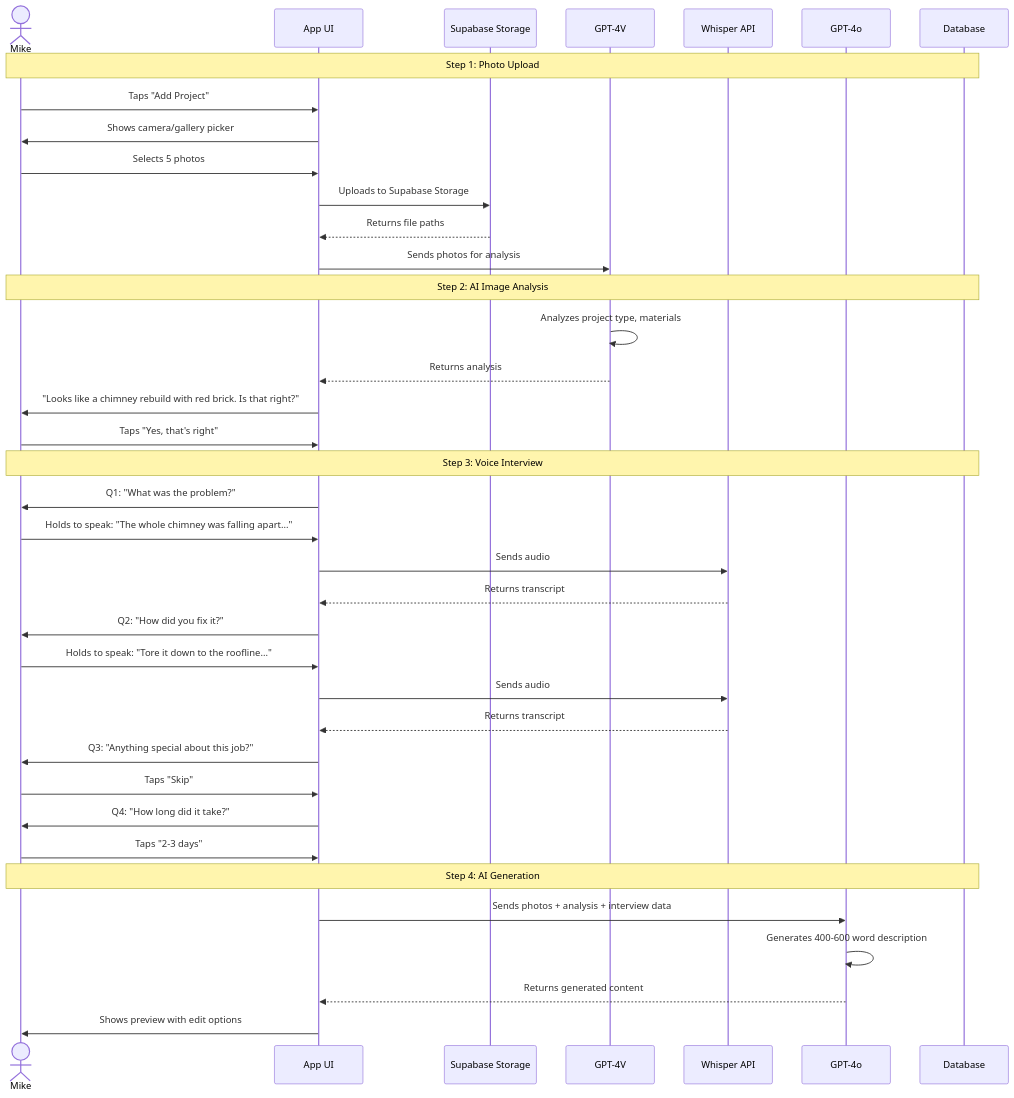
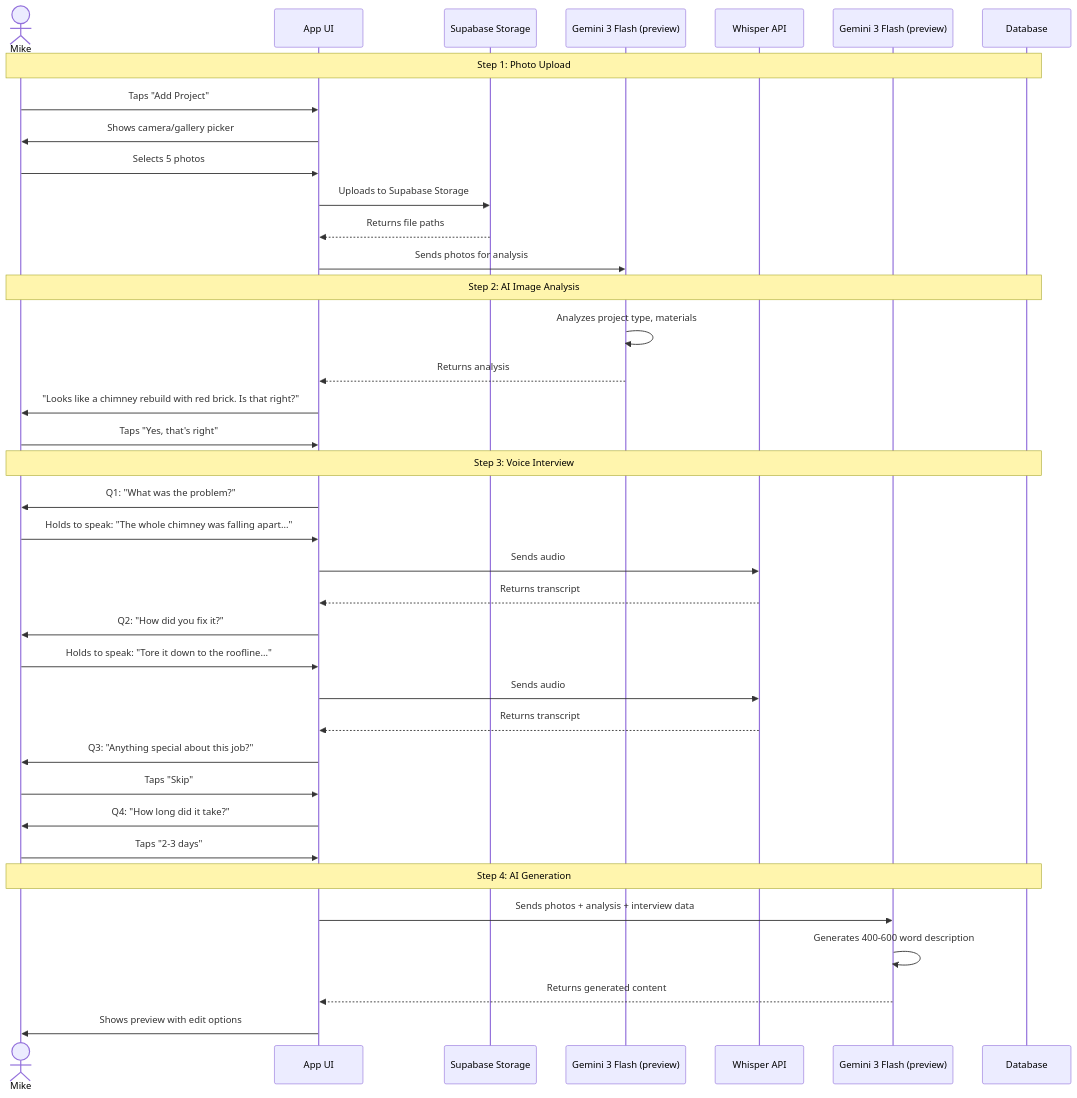
Before and after one commit to AaronBakerDev/knearme-platform: the second of 6 diagrams in docs/02-requirements/user-journeys.md, drawn with Mermaid. The commit also changed other lines of this file and 249 other files, not shown here.

First line of the commit message:
feat: Complete chat wizard with live preview, voice input, and multi-agent architecture

````diff
--- a/docs/02-requirements/user-journeys.md
+++ b/docs/02-requirements/user-journeys.md
@@ -150,47 +150,47 @@
 ```mermaid
 sequenceDiagram
     actor M as Mike
     participant UI as App UI
     participant S as Supabase Storage
-    participant Vision as GPT-4V
+    participant Vision as Gemini 3 Flash (preview)
     participant Whisper as Whisper API
-    participant Gen as GPT-4o
+    participant Gen as Gemini 3 Flash (preview)
     participant DB as Database
 
     Note over M,DB: Step 1: Photo Upload
     M->>UI: Taps "Add Project"
     UI->>M: Shows camera/gallery picker
     M->>UI: Selects 5 photos
     UI->>S: Uploads to Supabase Storage
     S-->>UI: Returns file paths
     UI->>Vision: Sends photos for analysis
 
     Note over M,DB: Step 2: AI Image Analysis
     Vision->>Vision: Analyzes project type, materials
     Vision-->>UI: Returns analysis
     UI->>M: "Looks like a chimney rebuild with red brick. Is that right?"
     M->>UI: Taps "Yes, that's right"
 
     Note over M,DB: Step 3: Voice Interview
     UI->>M: Q1: "What was the problem?"
     M->>UI: Holds to speak: "The whole chimney was falling apart..."
     UI->>Whisper: Sends audio
     Whisper-->>UI: Returns transcript
 
     UI->>M: Q2: "How did you fix it?"
     M->>UI: Holds to speak: "Tore it down to the roofline..."
     UI->>Whisper: Sends audio
     Whisper-->>UI: Returns transcript
 
     UI->>M: Q3: "Anything special about this job?"
     M->>UI: Taps "Skip"
 
     UI->>M: Q4: "How long did it take?"
     M->>UI: Taps "2-3 days"
 
     Note over M,DB: Step 4: AI Generation
     UI->>Gen: Sends photos + analysis + interview data
     Gen->>Gen: Generates 400-600 word description
     Gen-->>UI: Returns generated content
     UI->>M: Shows preview with edit options
 ```
````
